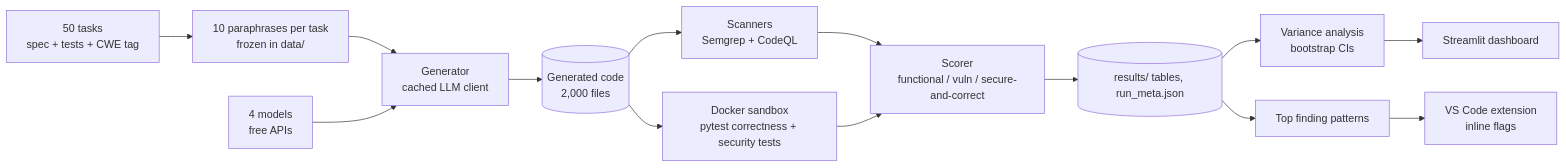
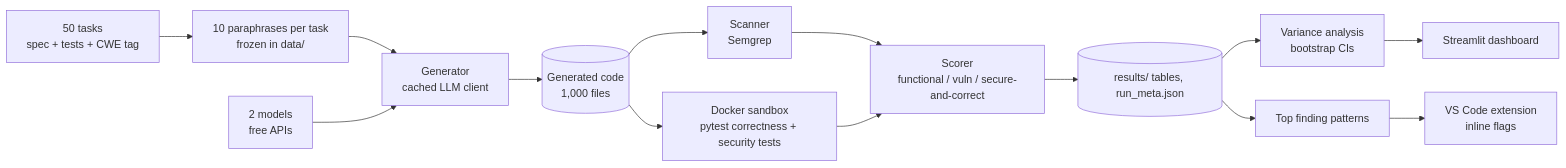
The diagram in PLAN.md (Nathaniel47/codetrust), drawn with Mermaid before and after one commit. The commit also changed other lines of this file and 34 other files, not shown here.

````diff
--- a/PLAN.md
+++ b/PLAN.md
@@ -27,16 +29,16 @@
 ```mermaid
 flowchart LR
   T[50 tasks<br/>spec + tests + CWE tag] --> P[10 paraphrases per task<br/>frozen in data/]
   P --> GEN[Generator<br/>cached LLM client]
-  M[4 models<br/>free APIs] --> GEN
-  GEN --> CODE[(Generated code<br/>2,000 files)]
-  CODE --> SCAN[Scanners<br/>Semgrep + CodeQL]
+  M[2 models<br/>free APIs] --> GEN
+  GEN --> CODE[(Generated code<br/>1,000 files)]
+  CODE --> SCAN[Scanner<br/>Semgrep]
   CODE --> SBX[Docker sandbox<br/>pytest correctness + security tests]
   SCAN --> SCORE[Scorer<br/>functional / vuln / secure-and-correct]
   SBX --> SCORE
   SCORE --> RES[(results/ tables, run_meta.json)]
   RES --> STAT[Variance analysis<br/>bootstrap CIs]
   STAT --> DASH[Streamlit dashboard]
   RES --> RULES[Top finding patterns]
   RULES --> EXT[VS Code extension<br/>inline flags]
 ```
````
